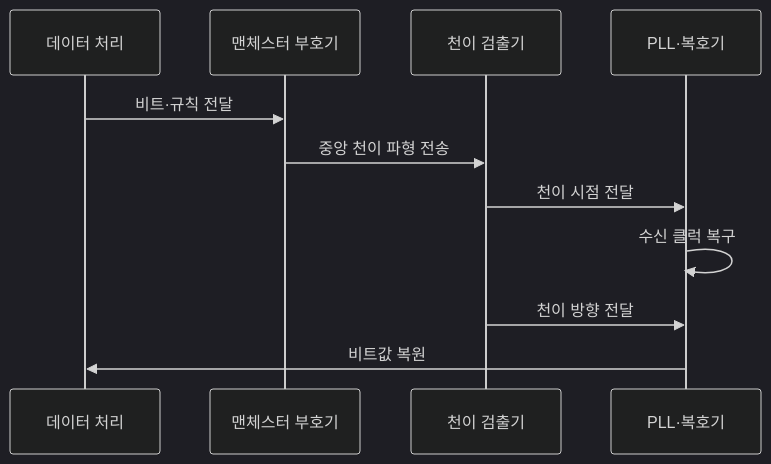
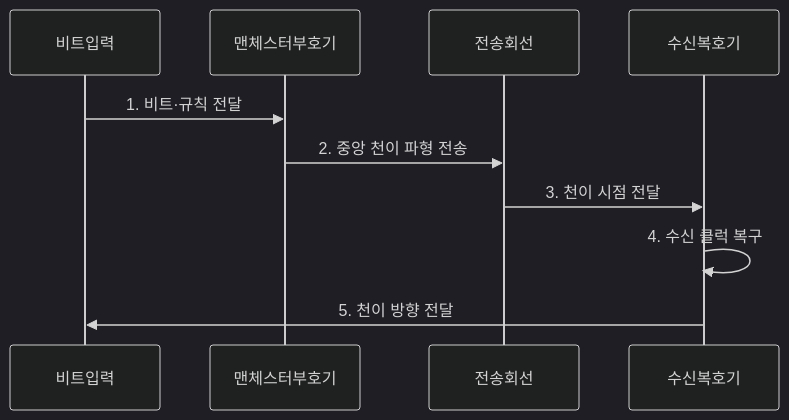
Before and after one commit to agnusdei1207/knowledge-base: the second of 2 diagrams in src/content/docs/notes/04-network/068_manchester_encoding.md, drawn with Mermaid (dark theme). The commit also changed other lines of this file and 20 other files, not shown here.

````diff
--- a/src/content/docs/notes/04-network/068_manchester_encoding.md
+++ b/src/content/docs/notes/04-network/068_manchester_encoding.md
@@ -91,13 +85,12 @@
 ```mermaid
 sequenceDiagram
-    participant S as 데이터 처리
-    participant E as 맨체스터 부호기
-    participant D as 천이 검출기
-    participant P as PLL·복호기
-    S->>E: 비트·규칙 전달
-    E->>D: 중앙 천이 파형 전송
-    D->>P: 천이 시점 전달
-    P->>P: 수신 클럭 복구
-    D->>P: 천이 방향 전달
-    P->>S: 비트값 복원
+    participant 비트입력
+    participant 맨체스터부호기
+    participant 전송회선
+    participant 수신복호기
+    비트입력->>맨체스터부호기: 1. 비트·규칙 전달
+    맨체스터부호기->>전송회선: 2. 중앙 천이 파형 전송
+    전송회선->>수신복호기: 3. 천이 시점 전달
+    수신복호기->>수신복호기: 4. 수신 클럭 복구
+    수신복호기->>비트입력: 5. 천이 방향 전달
 ```
````
